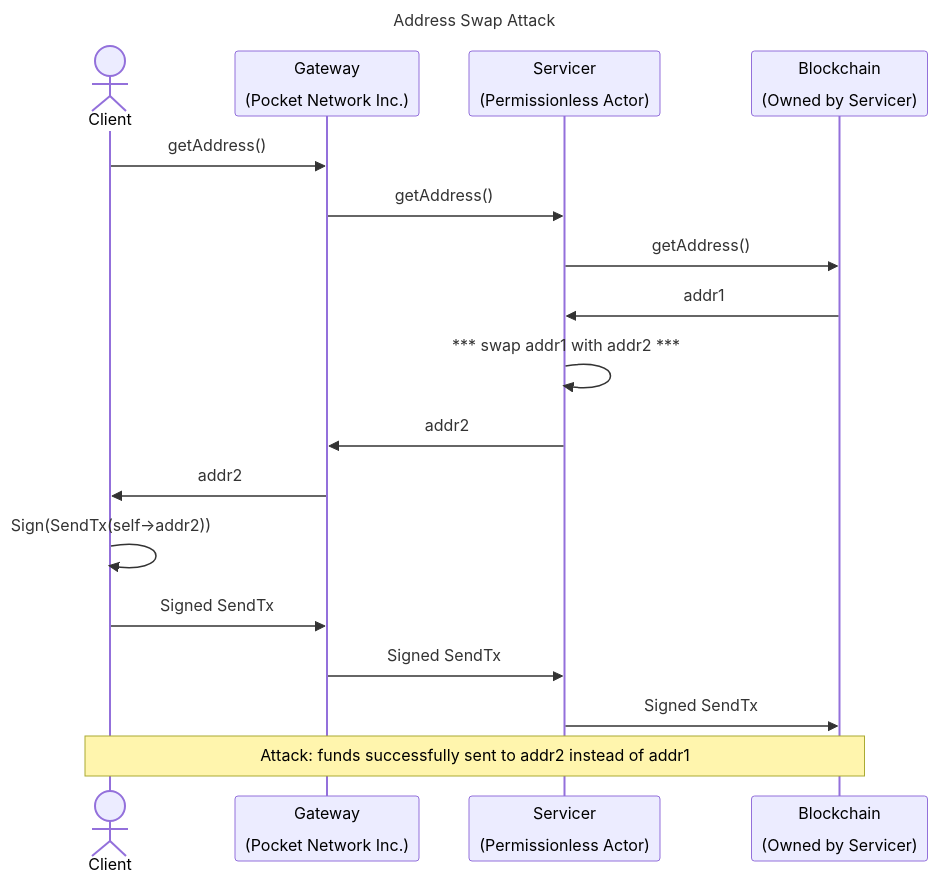
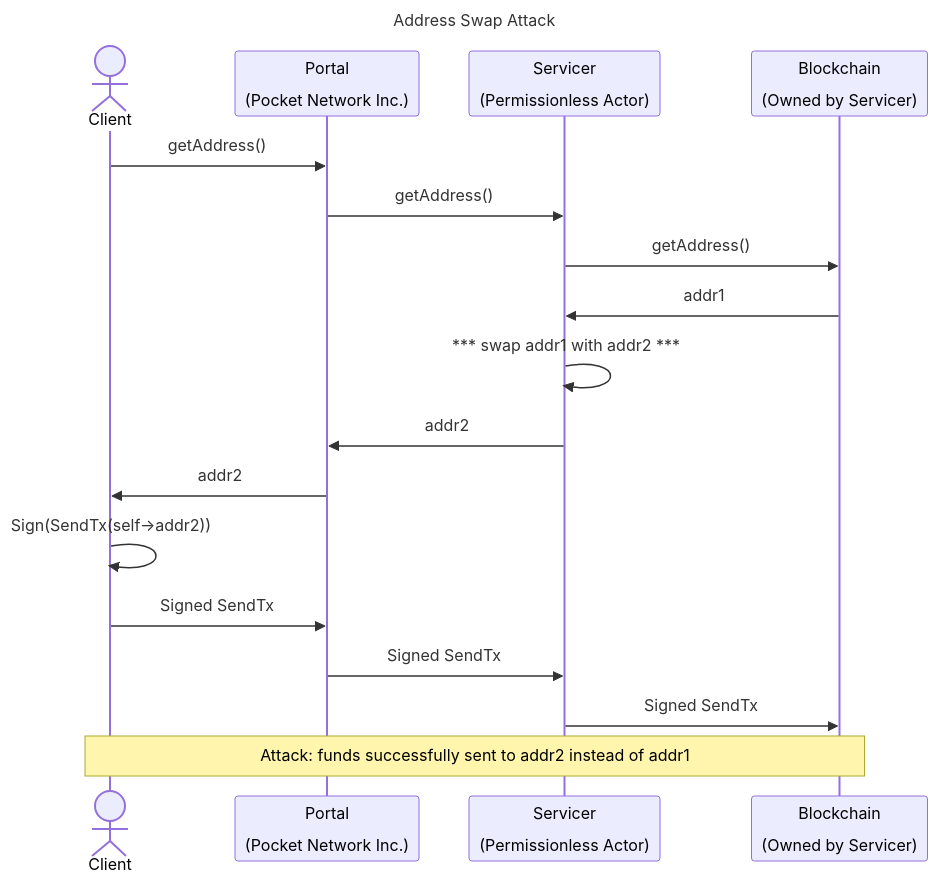
One commit to pokt-network/pocket-network-protocol changed the second of 2 diagrams in utility/.ideas.md. Above: the diagram before and after it, drawn with Mermaid. The commit also changed other lines of this file and 1 other file, not shown here.

Commit message:
Rename Gateway to Portal

````diff
--- a/utility/.ideas.md
+++ b/utility/.ideas.md
@@ -81,26 +81,26 @@
 ```mermaid
 sequenceDiagram
     title Address Swap Attack
 
     actor C as Client
-    participant P as Gateway<br><br>(Pocket Network Inc.)
+    participant P as Portal<br><br>(Pocket Network Inc.)
     participant SN as Servicer<br><br>(Permissionless Actor)
     participant BN as Blockchain<br><br>(Owned by Servicer)
 
     %% Get the address to send the money too
     C->>P: getAddress()
     P->>SN: getAddress()
     SN->>BN: getAddress()
     BN->>SN: addr1
     SN->>SN: *** swap addr1 with addr2 ***
     SN->>P: addr2
     P->>C: addr2
 
     %% Send money to wrong address
     C->>C: Sign(SendTx(self->addr2))
     C->>P: Signed SendTx
     P->>SN: Signed SendTx
     SN->>BN: Signed SendTx
 
     Note over C, BN: Attack: funds successfully sent to addr2 instead of addr1
 ```
````
